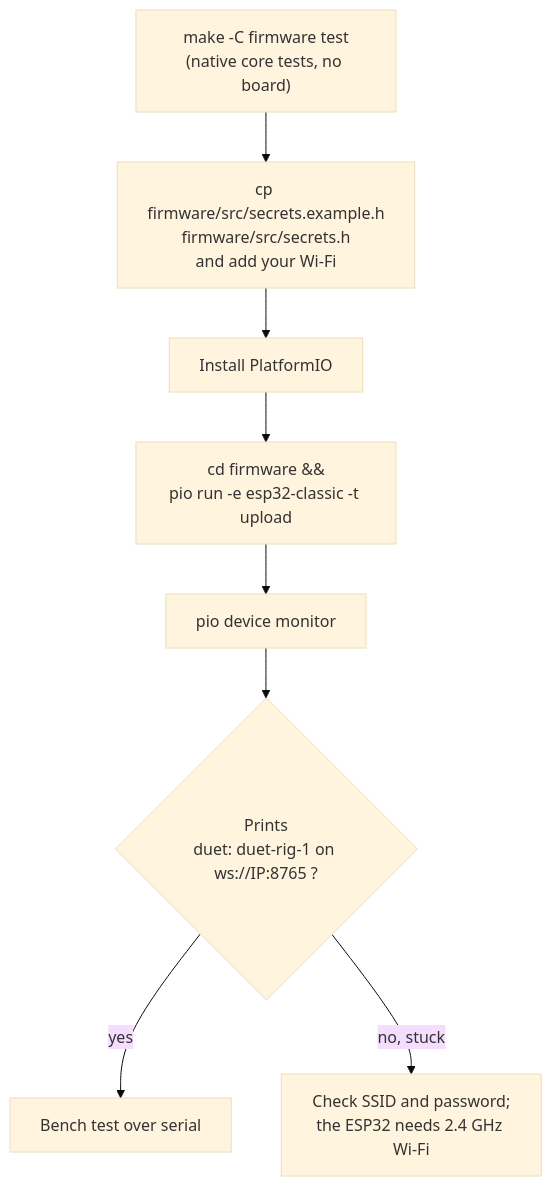
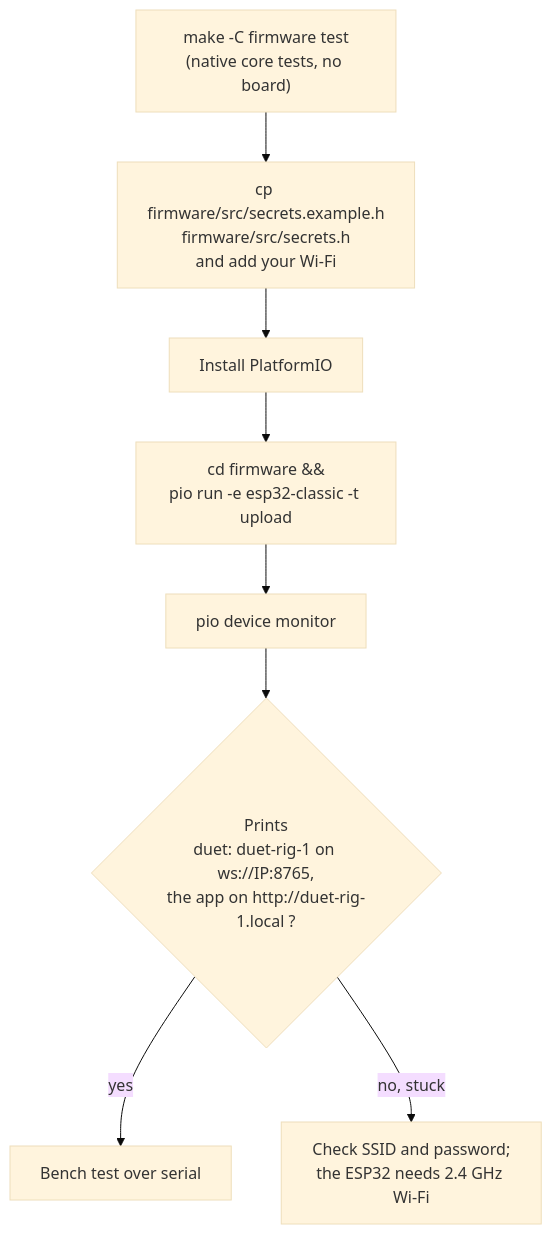
The fourth of 9 diagrams in docs/rig-guide.md (gilrvrv-design/Duet), drawn with Mermaid (base theme) before and after one commit. The commit also changed other lines of this file and 12 other files, not shown here.

````diff
--- a/docs/rig-guide.md
+++ b/docs/rig-guide.md
@@ -246,10 +246,10 @@
 ```mermaid
 flowchart TD
     t["make -C firmware test<br/>(native core tests, no board)"] --> s["cp firmware/src/secrets.example.h<br/>firmware/src/secrets.h<br/>and add your Wi-Fi"]
     s --> p["Install PlatformIO"]
     p --> f["cd firmware &&<br/>pio run -e esp32-classic -t upload"]
     f --> m["pio device monitor"]
-    m --> ok{"Prints<br/>duet: duet-rig-1 on ws://IP:8765 ?"}
+    m --> ok{"Prints<br/>duet: duet-rig-1 on ws://IP:8765,<br/>the app on http://duet-rig-1.local ?"}
     ok -->|"yes"| next["Bench test over serial"]
     ok -->|"no, stuck"| wifi["Check SSID and password;<br/>the ESP32 needs 2.4 GHz Wi-Fi"]
 ```
````
